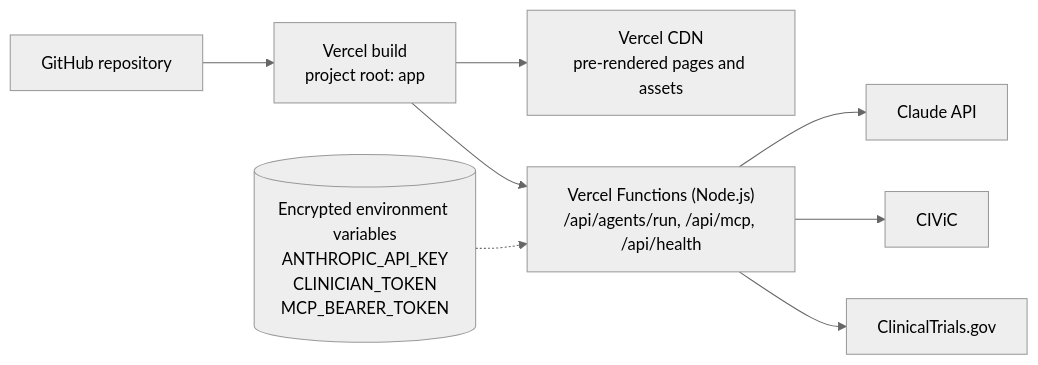
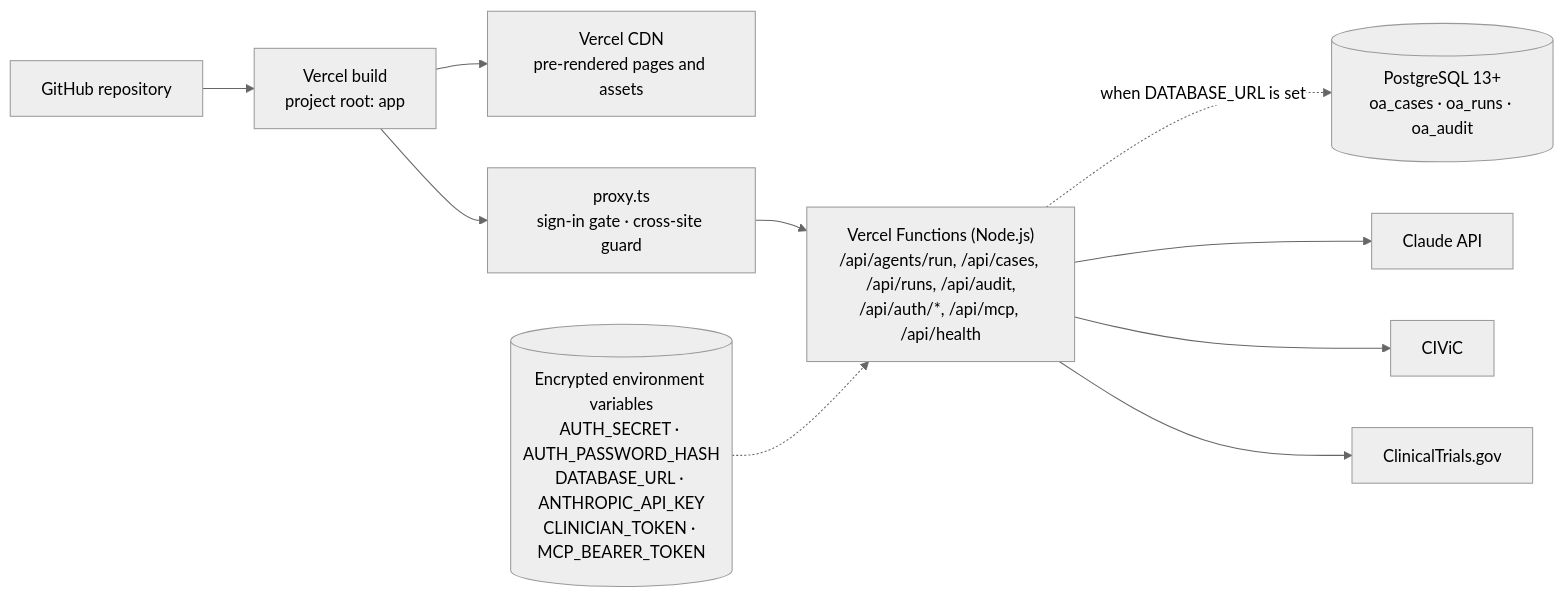
Before and after one commit to shahriyar9507/oncoagent: the sixth of 6 diagrams in docs/ARCHITECTURE.md, drawn with Mermaid (neutral theme). The commit also changed other lines of this file and 23 other files, not shown here.

First line of the commit message:
Docs and submission materials for v0.4; constant-time clinician token; MCP_PUBLIC switch

````diff
--- a/docs/ARCHITECTURE.md
+++ b/docs/ARCHITECTURE.md
@@ -309,10 +313,12 @@
 ```mermaid
 flowchart LR
   repo["GitHub repository"] --> build["Vercel build<br/>project root: app"]
   build --> static["Vercel CDN<br/>pre-rendered pages and assets"]
-  build --> fns["Vercel Functions (Node.js)<br/>/api/agents/run, /api/mcp, /api/health"]
-  envs[("Encrypted environment variables<br/>ANTHROPIC_API_KEY<br/>CLINICIAN_TOKEN<br/>MCP_BEARER_TOKEN")] -.-> fns
+  build --> gate["proxy.ts<br/>sign-in gate · cross-site guard"]
+  gate --> fns["Vercel Functions (Node.js)<br/>/api/agents/run, /api/cases, /api/runs, /api/audit,<br/>/api/auth/*, /api/mcp, /api/health"]
+  envs[("Encrypted environment variables<br/>AUTH_SECRET · AUTH_PASSWORD_HASH<br/>DATABASE_URL · ANTHROPIC_API_KEY<br/>CLINICIAN_TOKEN · MCP_BEARER_TOKEN")] -.-> fns
+  fns -.->|"when DATABASE_URL is set"| pg[("PostgreSQL 13+<br/>oa_cases · oa_runs · oa_audit")]
   fns --> claude["Claude API"]
   fns --> civic["CIViC"]
   fns --> ctgov["ClinicalTrials.gov"]
 ```
````
